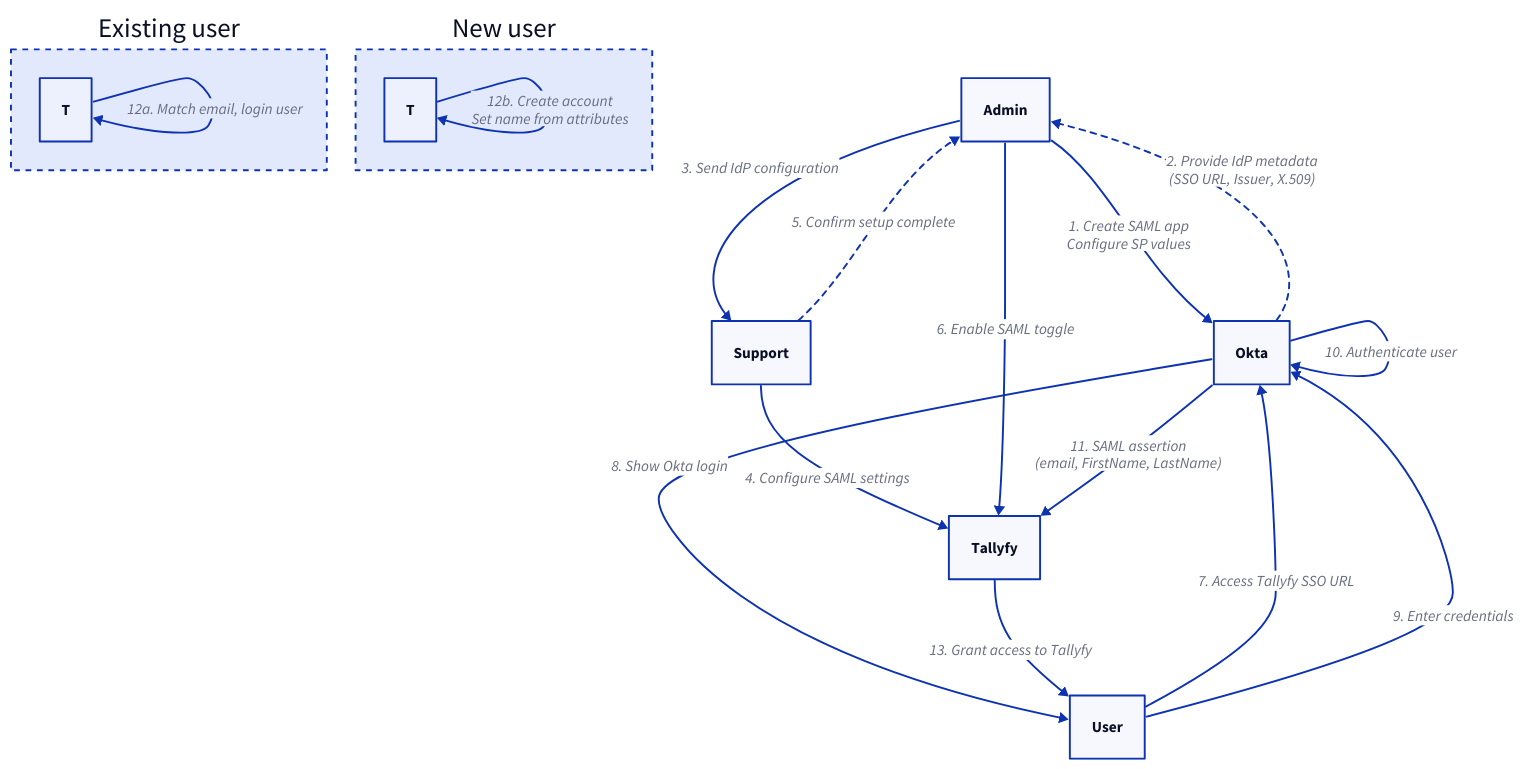
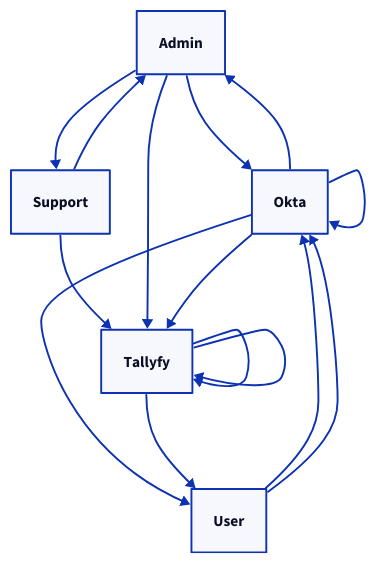
One commit to tallyfy/documentation changed the diagram in src/content/docs/pro/integrations/authentication/how-to-integrate-okta-samlsso-with-tallyfy.mdx. Above: the diagram before and after it, drawn with D2. The commit also changed other lines of this file and 605 other files, not shown here.

````diff
--- a/src/content/docs/pro/integrations/authentication/how-to-integrate-okta-samlsso-with-tallyfy.mdx
+++ b/src/content/docs/pro/integrations/authentication/how-to-integrate-okta-samlsso-with-tallyfy.mdx
@@ -165,42 +166,23 @@
 ```d2
-A: "A"
-O: "O"
-S: "S"
-T: "T"
-U: "U"
 A: Admin
 O: Okta
+S: Support
 T: Tallyfy
-S: Support
 U: User
-
-# SSO Setup Process
-A -> O: "1. Create SAML app\nConfigure SP values"
-O -> A: "2. Provide IdP metadata\n(SSO URL, Issuer, X.509)" {style.stroke-dash: 3}
-A -> S: "3. Send IdP configuration"
-S -> T: "4. Configure SAML settings"
-S -> A: "5. Confirm setup complete" {style.stroke-dash: 3}
-A -> T: "6. Enable SAML toggle"
-
-# User Authentication Flow
-U -> O: "7. Access Tallyfy SSO URL"
-O -> U: "8. Show Okta login"
-U -> O: "9. Enter credentials"
-O -> O: "10. Authenticate user"
-O -> T: "11. SAML assertion\n(email, FirstName, LastName)"
-
-# Branching logic for Existing vs New user
-Existing user: {
-  shape: rectangle
-  style.stroke-dash: 3
-  T -> T: "12a. Match email, login user"
-}
-
-New user: {
-  shape: rectangle
-  style.stroke-dash: 3
-  T -> T: "12b. Create account\nSet name from attributes"
-}
-
-T -> U: "13. Grant access to Tallyfy"
+shape: rectangle
+style.stroke-dash: 3
+A -> O
+O -> A
+A -> S
+S -> T
+S -> A
+A -> T
+U -> O
+O -> U
+U -> O
+O -> O
+O -> T
+T -> T
+T -> T
+T -> U
 ```
````
